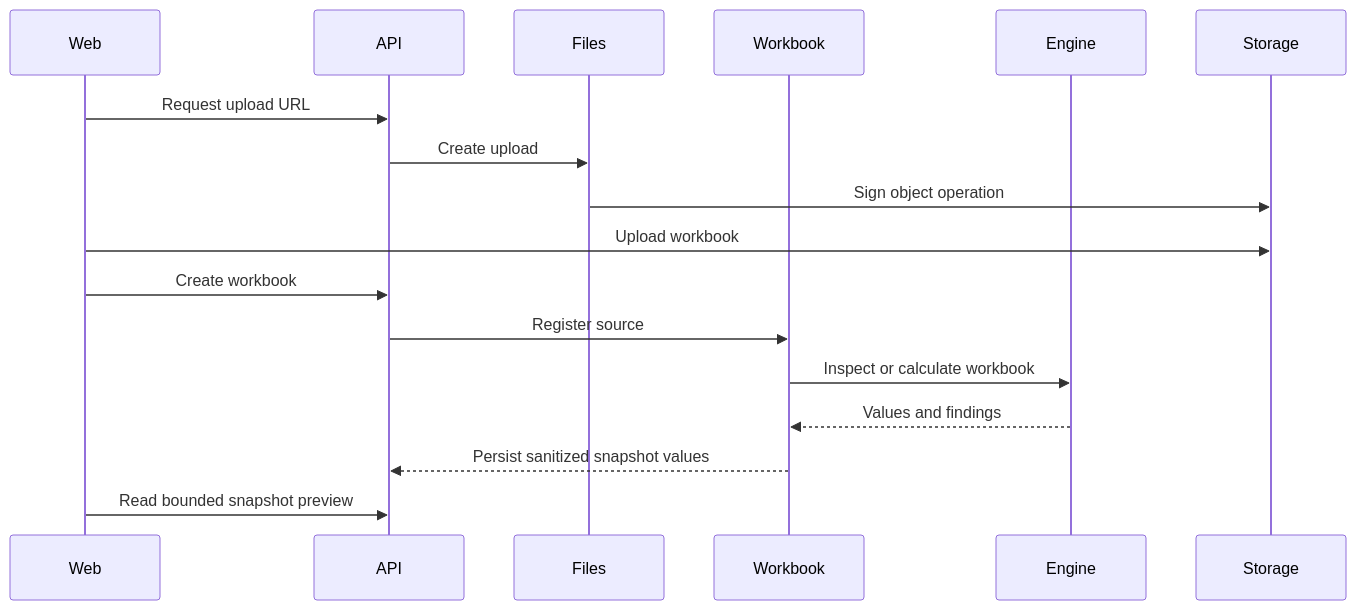
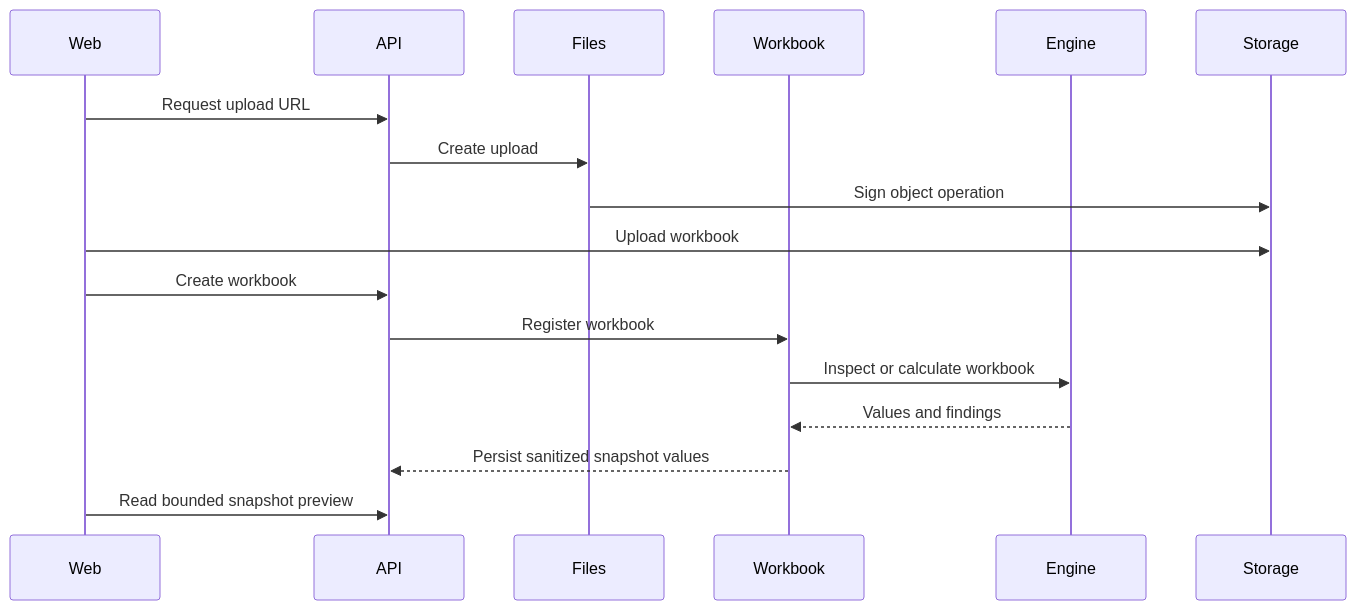
Before and after one commit to alirostami1/lemma: the fifth of 6 diagrams in docs/architecture.md, drawn with Mermaid. The commit also changed other lines of this file and 1286 other files, not shown here.

````diff
--- a/docs/architecture.md
+++ b/docs/architecture.md
@@ -92,20 +94,20 @@
 ```mermaid
 sequenceDiagram
   participant Web
   participant API
   participant Files
   participant Workbook
   participant Engine
   participant Storage
 
   Web->>API: Request upload URL
   API->>Files: Create upload
   Files->>Storage: Sign object operation
   Web->>Storage: Upload workbook
   Web->>API: Create workbook
-  API->>Workbook: Register source
+  API->>Workbook: Register workbook
   Workbook->>Engine: Inspect or calculate workbook
   Engine-->>Workbook: Values and findings
   Workbook-->>API: Persist sanitized snapshot values
   Web->>API: Read bounded snapshot preview
 ```
````
